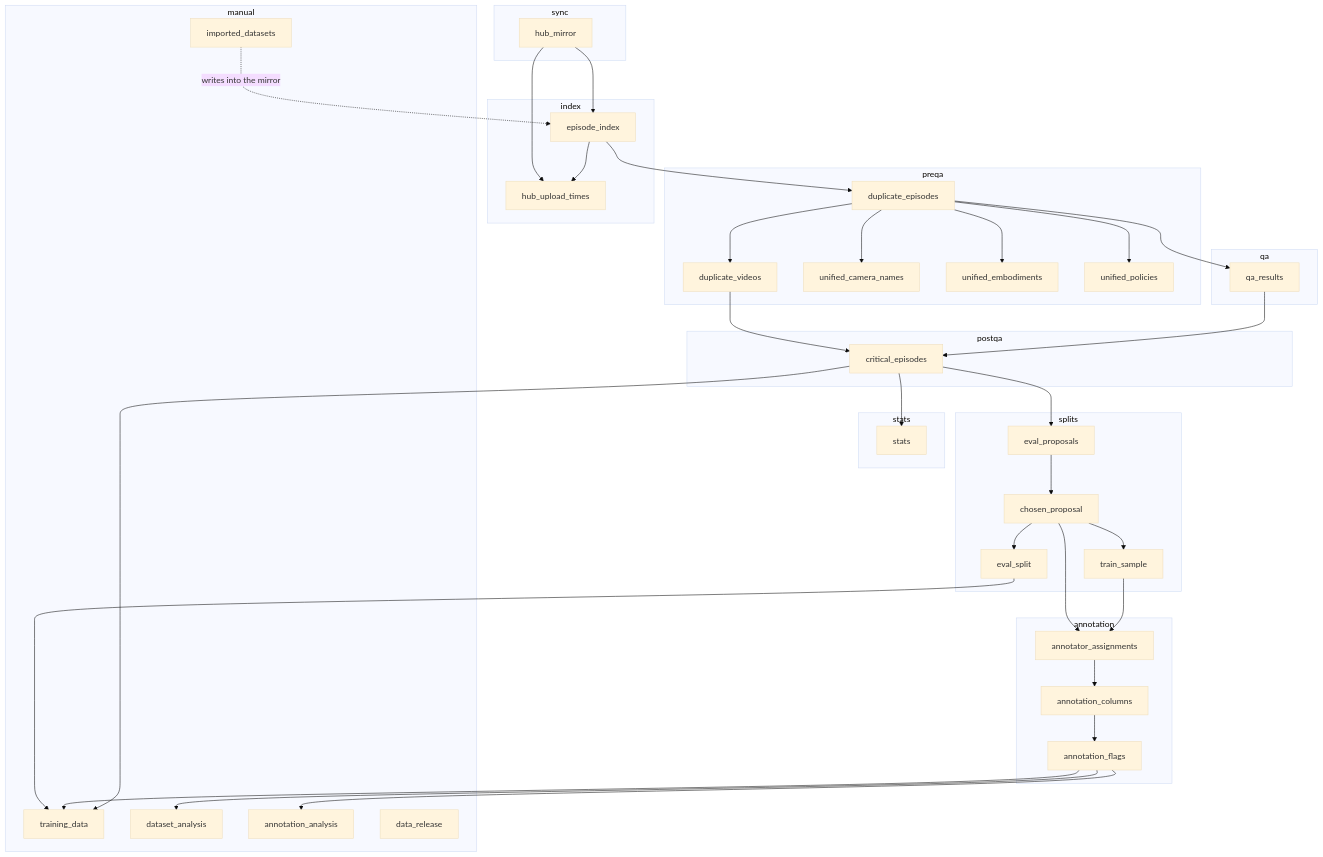
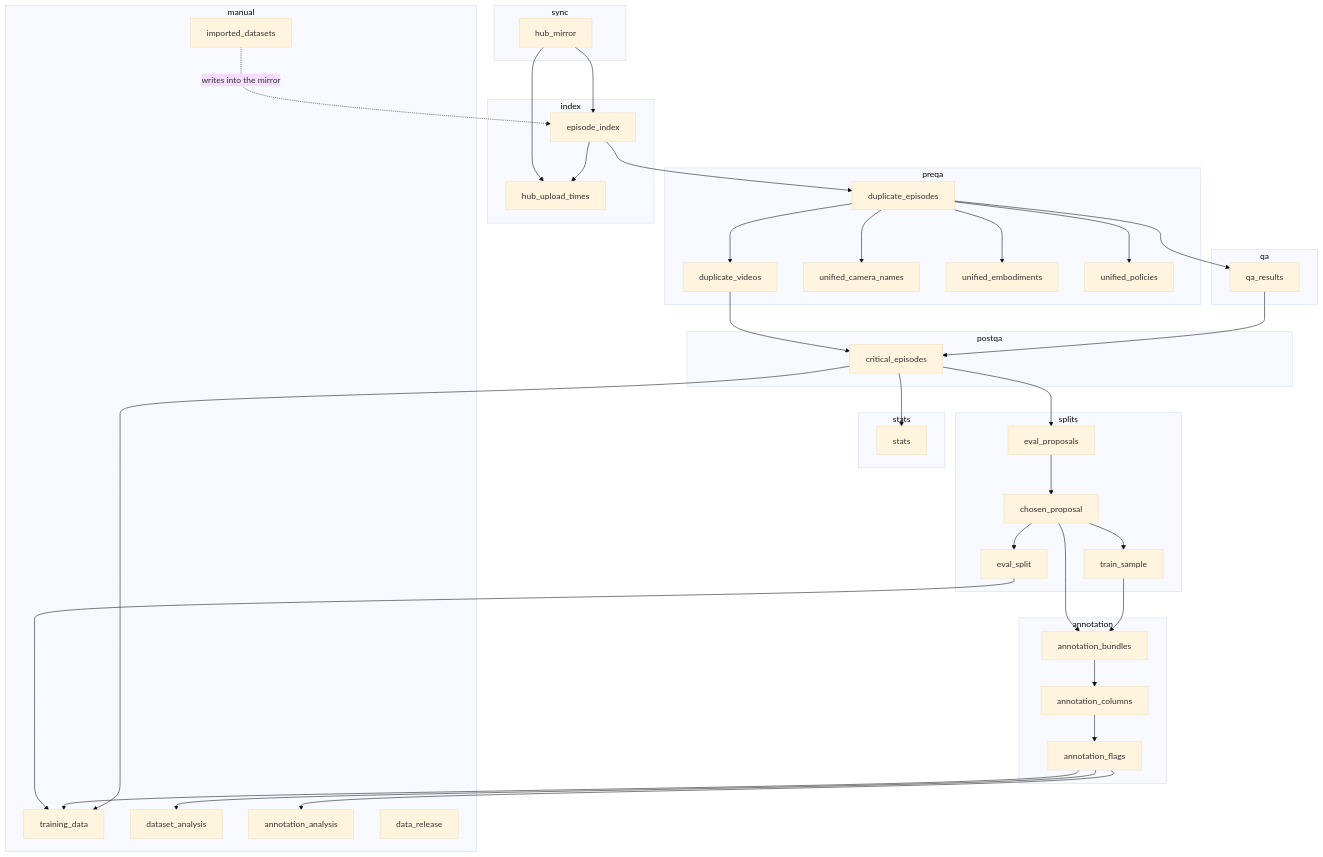
One commit to oopsie-data/oopsie-backend changed the second of 2 diagrams in docs/pipeline/index.md. Above: the diagram before and after it, drawn with Mermaid (base theme). The commit also changed other lines of this file and 40 other files, not shown here.

````diff
--- a/docs/pipeline/index.md
+++ b/docs/pipeline/index.md
@@ -55,56 +55,56 @@
 ```mermaid
 flowchart TB
   subgraph sync
     hub_mirror
   end
   subgraph index
     episode_index
     hub_upload_times
   end
   subgraph preqa
     duplicate_episodes
     duplicate_videos
     unified_camera_names
     unified_embodiments
     unified_policies
   end
   subgraph qa
     qa_results
   end
   subgraph postqa
     critical_episodes
   end
   subgraph stats_group [stats]
     stats
   end
   subgraph splits
     eval_proposals --> chosen_proposal
     chosen_proposal --> eval_split
     chosen_proposal --> train_sample
   end
   subgraph annotation
-    annotator_assignments --> annotation_columns --> annotation_flags
+    annotation_bundles --> annotation_columns --> annotation_flags
   end
   subgraph manual
     imported_datasets
     training_data
     dataset_analysis
     annotation_analysis
     data_release
   end
 
   hub_mirror --> episode_index --> duplicate_episodes
   hub_mirror --> hub_upload_times
   episode_index --> hub_upload_times
   duplicate_episodes --> duplicate_videos & unified_camera_names & unified_embodiments & unified_policies & qa_results
   duplicate_videos --> critical_episodes
   qa_results --> critical_episodes
   critical_episodes --> stats
   critical_episodes --> eval_proposals
-  chosen_proposal --> annotator_assignments
-  train_sample --> annotator_assignments
+  chosen_proposal --> annotation_bundles
+  train_sample --> annotation_bundles
   imported_datasets -. "writes into the mirror" .-> episode_index
   eval_split --> training_data
   annotation_flags --> training_data & dataset_analysis & annotation_analysis
   critical_episodes --> training_data
 ```
````
